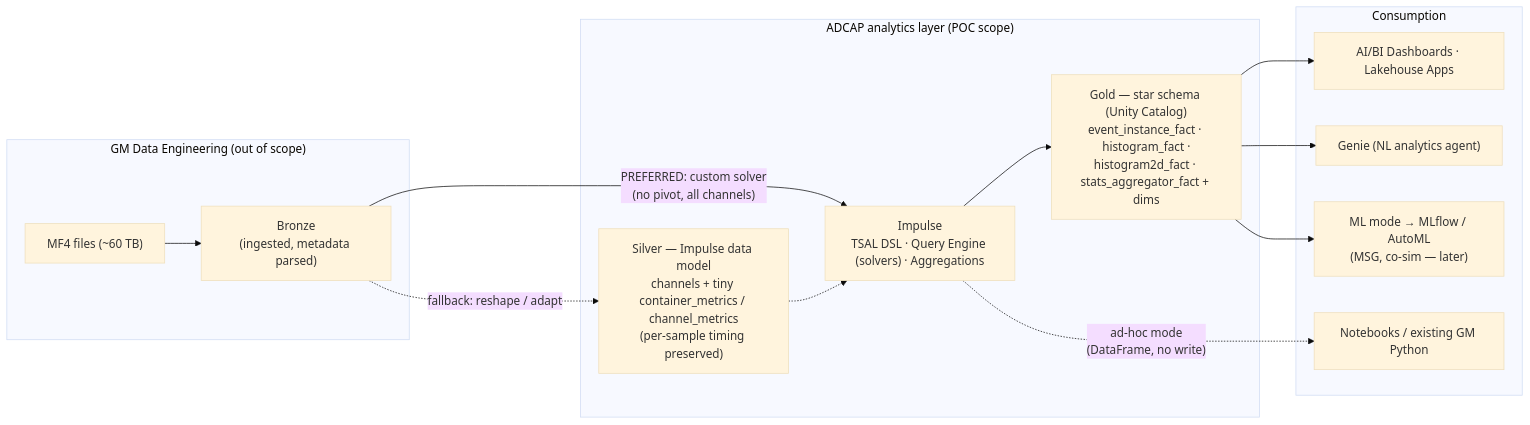
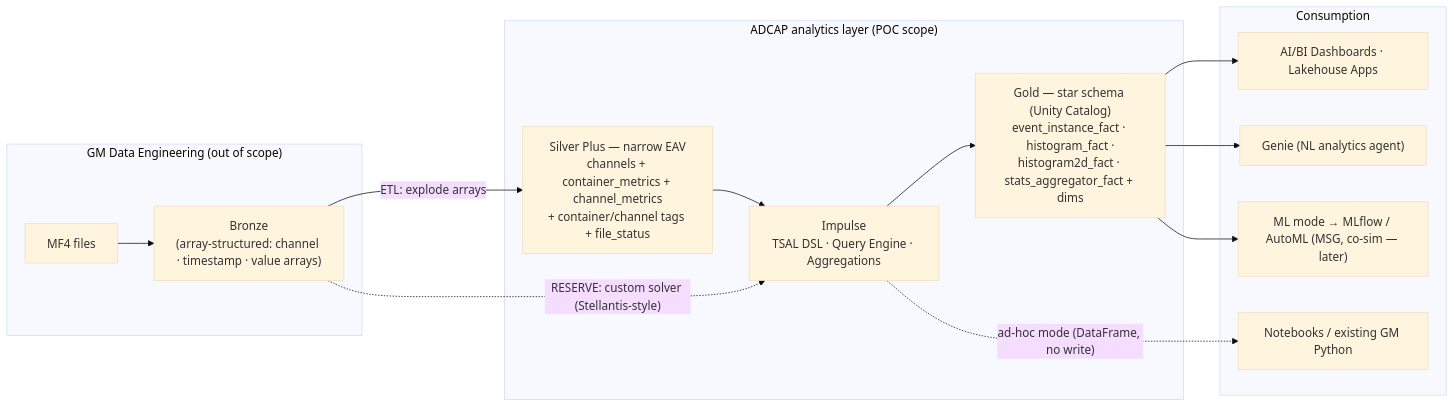
The diagram in project_input_requirements/ADCAP_POC_PROPOSAL.md (dariakrasavina/impulse_adcap), drawn with Mermaid (base theme) before and after one commit. The commit also changed other lines of this file and 3 other files, not shown here.

````diff
--- a/project_input_requirements/ADCAP_POC_PROPOSAL.md
+++ b/project_input_requirements/ADCAP_POC_PROPOSAL.md
@@ -88,20 +132,20 @@
 ```mermaid
 flowchart LR
     subgraph GM_DE["GM Data Engineering (out of scope)"]
-        MF4["MF4 files (~60 TB)"] --> BRZ["Bronze<br/>(ingested, metadata parsed)"]
+        MF4["MF4 files"] --> BRZ["Bronze<br/>(array-structured: channel · timestamp · value arrays)"]
     end
 
     subgraph ADCAP["ADCAP analytics layer (POC scope)"]
-        BRZ -->|"PREFERRED: custom solver<br/>(no pivot, all channels)"| IMP["Impulse<br/>TSAL DSL · Query Engine (solvers) · Aggregations"]
-        BRZ -.->|"fallback: reshape / adapt"| SLV["Silver — Impulse data model<br/>channels + tiny container_metrics / channel_metrics<br/>(per-sample timing preserved)"]
-        SLV -.-> IMP
+        BRZ -->|"ETL: explode arrays"| SLV["Silver Plus — narrow EAV<br/>channels + container_metrics + channel_metrics<br/>+ container/channel tags + file_status"]
+        SLV --> IMP["Impulse<br/>TSAL DSL · Query Engine · Aggregations"]
+        BRZ -.->|"RESERVE: custom solver (Stellantis-style)"| IMP
         IMP --> GOLD["Gold — star schema (Unity Catalog)<br/>event_instance_fact · histogram_fact ·<br/>histogram2d_fact · stats_aggregator_fact + dims"]
     end
 
     subgraph CONSUME["Consumption"]
         GOLD --> DASH["AI/BI Dashboards · Lakehouse Apps"]
         GOLD --> GENIE["Genie (NL analytics agent)"]
-        IMP -. "ad-hoc mode<br/>(DataFrame, no write)" .-> NB["Notebooks / existing GM Python"]
-        GOLD --> ML["ML mode → MLflow / AutoML<br/>(MSG, co-sim — later)"]
+        IMP -. "ad-hoc mode (DataFrame, no write)" .-> NB["Notebooks / existing GM Python"]
+        GOLD --> ML["ML mode → MLflow / AutoML (MSG, co-sim — later)"]
     end
 ```
````
